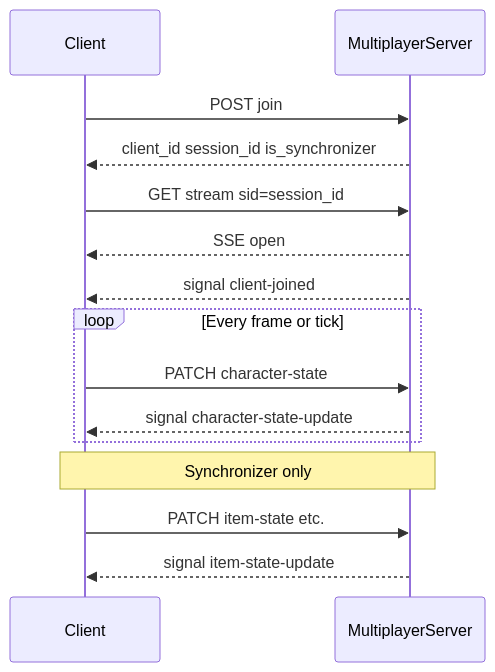
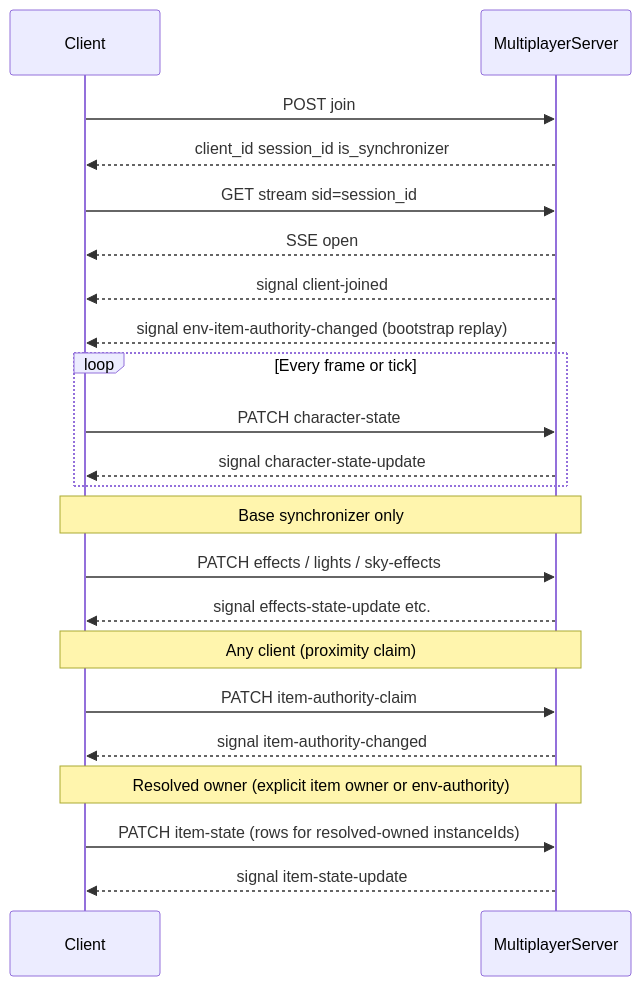
Before and after one commit to xqctPeepo/babylon-game-starter: the first of 3 diagrams in MULTIPLAYER_SYNCH.md, drawn with Mermaid. The commit also changed other lines of this file and 21 other files, not shown here.

````diff
--- a/MULTIPLAYER_SYNCH.md
+++ b/MULTIPLAYER_SYNCH.md
@@ -58,17 +70,24 @@
 ```mermaid
 sequenceDiagram
   participant C as Client
   participant S as MultiplayerServer
   C->>S: POST join
   S-->>C: client_id session_id is_synchronizer
   C->>S: GET stream sid=session_id
   S-->>C: SSE open
   S-->>C: signal client-joined
+  S-->>C: signal env-item-authority-changed (bootstrap replay)
   loop Every frame or tick
     C->>S: PATCH character-state
     S-->>C: signal character-state-update
   end
-  Note over C,S: Synchronizer only
-  C->>S: PATCH item-state etc.
+  Note over C,S: Base synchronizer only
+  C->>S: PATCH effects / lights / sky-effects
+  S-->>C: signal effects-state-update etc.
+  Note over C,S: Any client (proximity claim)
+  C->>S: PATCH item-authority-claim
+  S-->>C: signal item-authority-changed
+  Note over C,S: Resolved owner (explicit item owner or env-authority)
+  C->>S: PATCH item-state (rows for resolved-owned instanceIds)
   S-->>C: signal item-state-update
 ```
````
